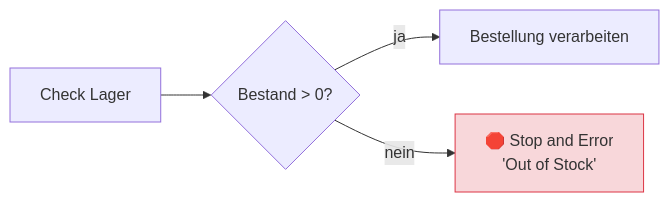
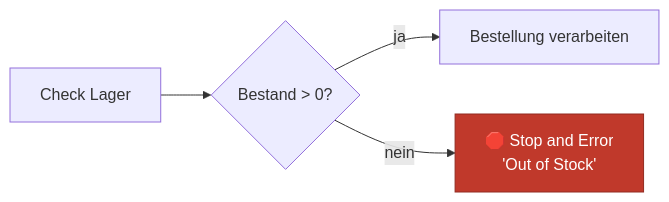
Before and after one commit to ericleddin/m4-n8n-demos: the eighth of 15 diagrams in docs/n8n_learning/n8n_Datenfluss_Kompendium_v2.md, drawn with Mermaid. The commit also changed other lines of this file and 4 other files, not shown here.

Commit message:
Add AI agent, LLM, and n8n developer guides; standardize Mermaid colors

````diff
--- a/docs/n8n_learning/n8n_Datenfluss_Kompendium_v2.md
+++ b/docs/n8n_learning/n8n_Datenfluss_Kompendium_v2.md
@@ -239,8 +239,8 @@
 ```mermaid
 flowchart LR
     A[Check Lager] --> IF{Bestand > 0?}
     IF -- ja --> OK[Bestellung verarbeiten]
     IF -- nein --> SE["🛑 Stop and Error<br/>'Out of Stock'"]
 
-    style SE fill:#f8d7da,stroke:#dc3545
+    style SE fill:#c0392b,stroke:#922b21,color:#fff
 ```
````
